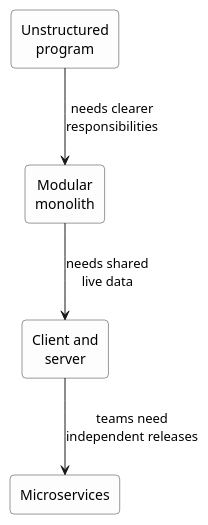
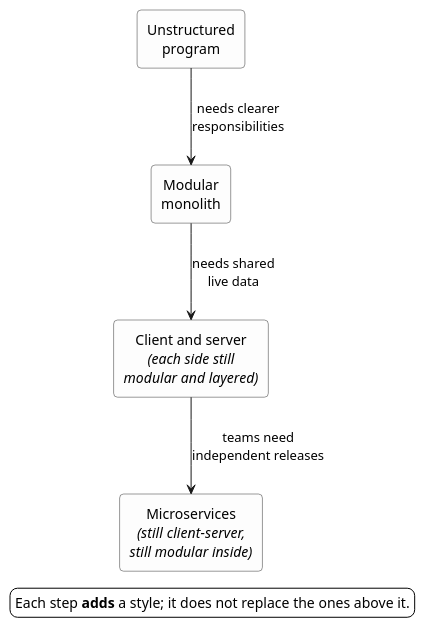
One commit to se-edu/se-book changed the diagram in architecture/architecturalStyles/more/usingStyles/images/architectureProgression.puml. Above: the diagram before and after it, drawn with PlantUML. The commit also changed 1 other file, not shown here.

Commit message:
architecture: Show the style progression as accumulating
The linear chain read as each style replacing the previous one,
contradicting the opening claim of the same unit that real systems
combine several styles at once. A microservice system is still
client-server, and its services can still be modular and layered.

```diff
--- a/architecture/architecturalStyles/more/usingStyles/images/architectureProgression.puml
+++ b/architecture/architecturalStyles/more/usingStyles/images/architectureProgression.puml
@@ -1,18 +1,21 @@
 @startuml
 skinparam backgroundColor transparent
 skinparam shadowing false
 skinparam defaultTextAlignment center
 skinparam rectangle {
   BackgroundColor #FDFDFD
   BorderColor #333333
   roundCorner 8
 }
 top to bottom direction
 rectangle "Unstructured\nprogram" as a
 rectangle "Modular\nmonolith" as b
-rectangle "Client and\nserver" as c
-rectangle "Microservices" as d
+rectangle "Client and server\n<i>(each side still</i>\n<i>modular and layered)</i>" as c
+rectangle "Microservices\n<i>(still client-server,</i>\n<i>still modular inside)</i>" as d
 a --> b : needs clearer\nresponsibilities
 b --> c : needs shared\nlive data
 c --> d : teams need\nindependent releases
+legend bottom
+  Each step <b>adds</b> a style; it does not replace the ones above it.
+endlegend
 @enduml
```
